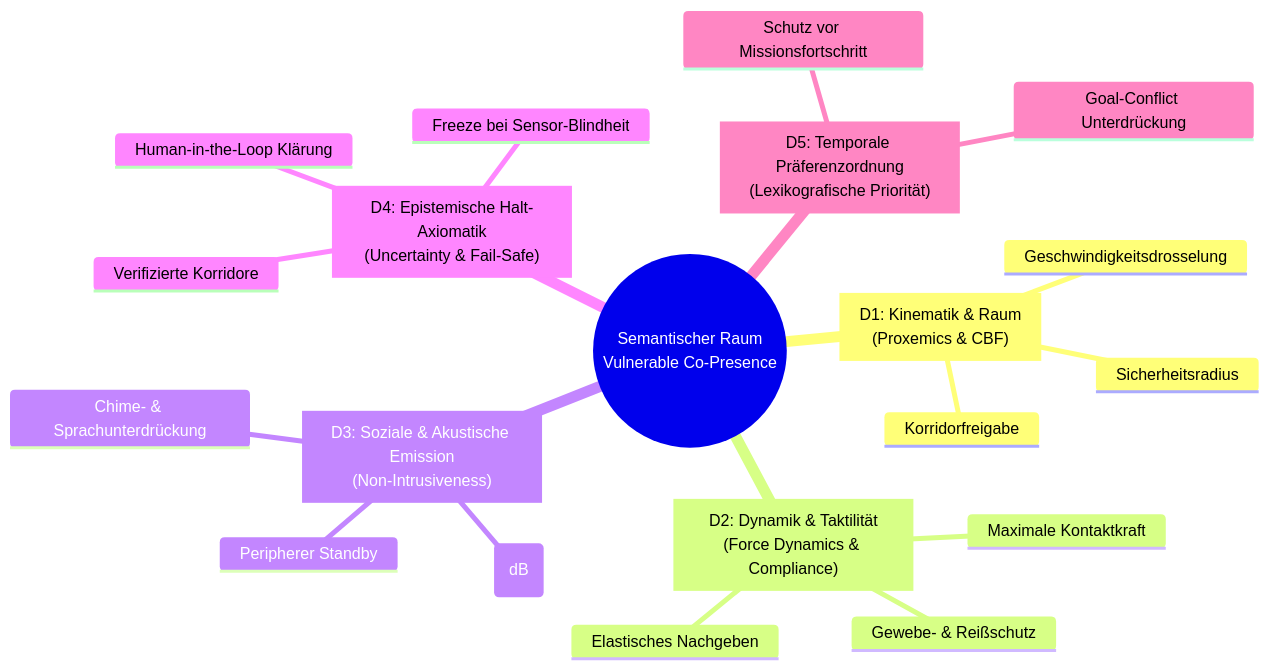
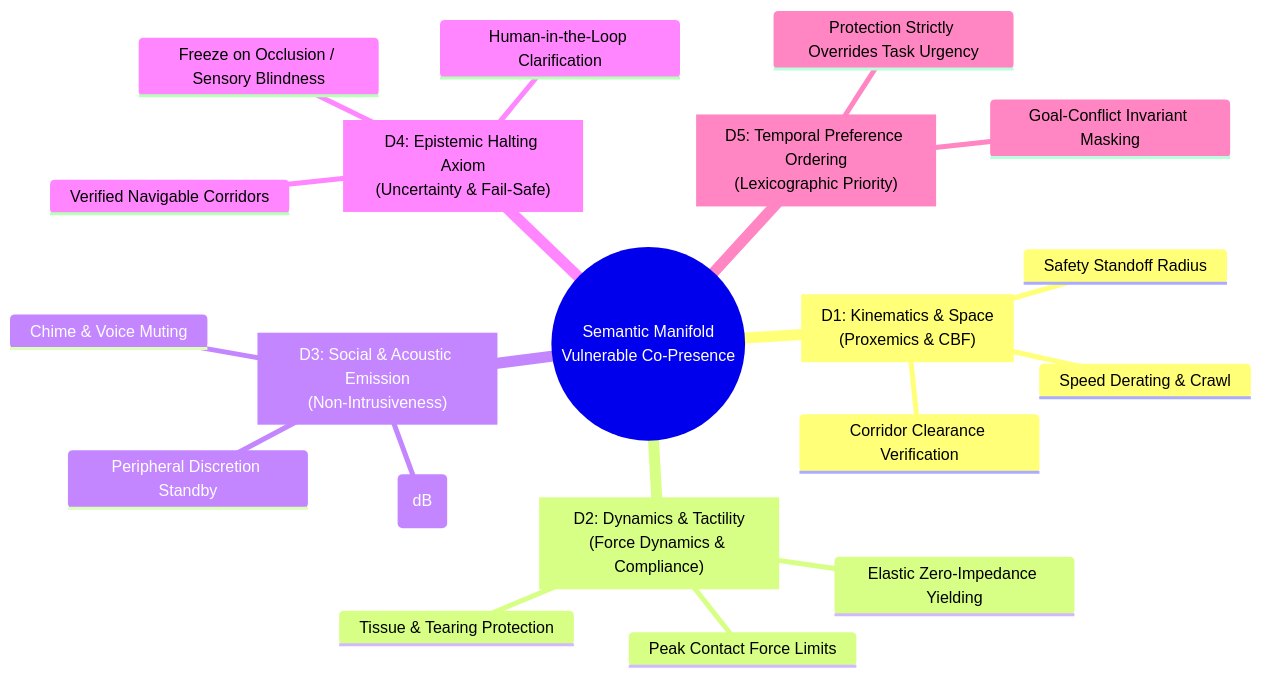
The diagram in dev/concepts/SEMANTIC_DIMENSIONS.md (CodiBasti/LingualCompositeLearning), drawn with Mermaid before and after one commit. The commit also changed other lines of this file and 46 other files, not shown here.

````diff
--- a/dev/concepts/SEMANTIC_DIMENSIONS.md
+++ b/dev/concepts/SEMANTIC_DIMENSIONS.md
@@ -24,23 +24,23 @@
 ```mermaid
 mindmap
-  root((Semantischer Raum<br/>Vulnerable Co-Presence))
-    D1["D1: Kinematik & Raum<br/>(Proxemics & CBF)"]
-      Sicherheitsradius
-      Geschwindigkeitsdrosselung
-      Korridorfreigabe
-    D2["D2: Dynamik & Taktilität<br/>(Force Dynamics & Compliance)"]
-      Maximale Kontaktkraft
-      Gewebe- & Reißschutz
-      Elastisches Nachgeben
-    D3["D3: Soziale & Akustische Emission<br/>(Non-Intrusiveness)"]
-      Schalldruckpegel (dB)
-      Peripherer Standby
-      Chime- & Sprachunterdrückung
-    D4["D4: Epistemische Halt-Axiomatik<br/>(Uncertainty & Fail-Safe)"]
-      Freeze bei Sensor-Blindheit
-      Verifizierte Korridore
-      Human-in-the-Loop Klärung
-    D5["D5: Temporale Präferenzordnung<br/>(Lexikografische Priorität)"]
-      Schutz vor Missionsfortschritt
-      Goal-Conflict Unterdrückung
+  root((Semantic Manifold<br/>Vulnerable Co-Presence))
+    D1["D1: Kinematics & Space<br/>(Proxemics & CBF)"]
+      Safety Standoff Radius
+      Speed Derating & Crawl
+      Corridor Clearance Verification
+    D2["D2: Dynamics & Tactility<br/>(Force Dynamics & Compliance)"]
+      Peak Contact Force Limits
+      Tissue & Tearing Protection
+      Elastic Zero-Impedance Yielding
+    D3["D3: Social & Acoustic Emission<br/>(Non-Intrusiveness)"]
+      Sound Pressure Level (dB)
+      Peripheral Discretion Standby
+      Chime & Voice Muting
+    D4["D4: Epistemic Halting Axiom<br/>(Uncertainty & Fail-Safe)"]
+      Freeze on Occlusion / Sensory Blindness
+      Verified Navigable Corridors
+      Human-in-the-Loop Clarification
+    D5["D5: Temporal Preference Ordering<br/>(Lexicographic Priority)"]
+      Protection Strictly Overrides Task Urgency
+      Goal-Conflict Invariant Masking
 ```
````
